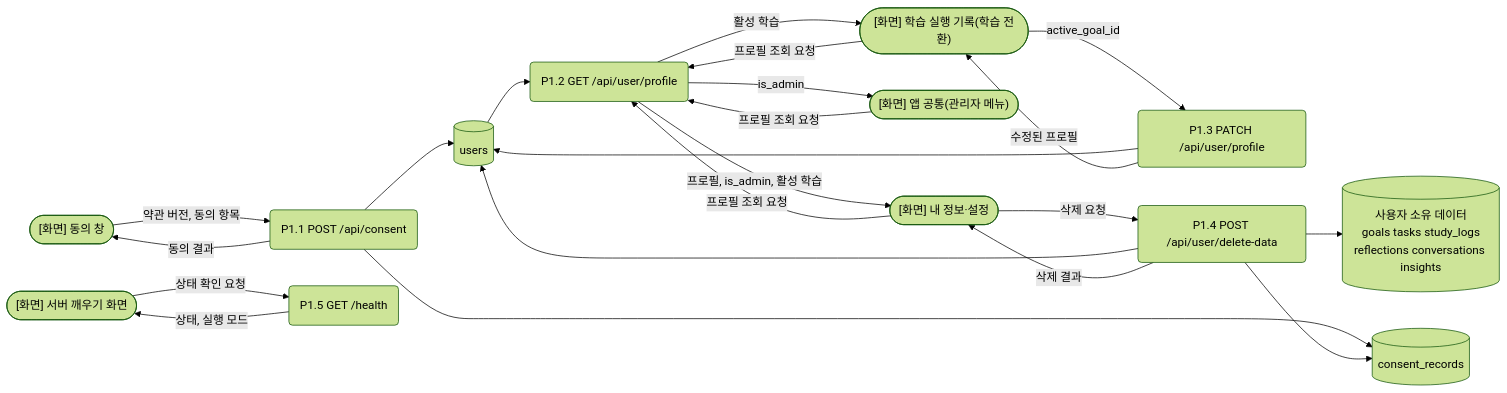
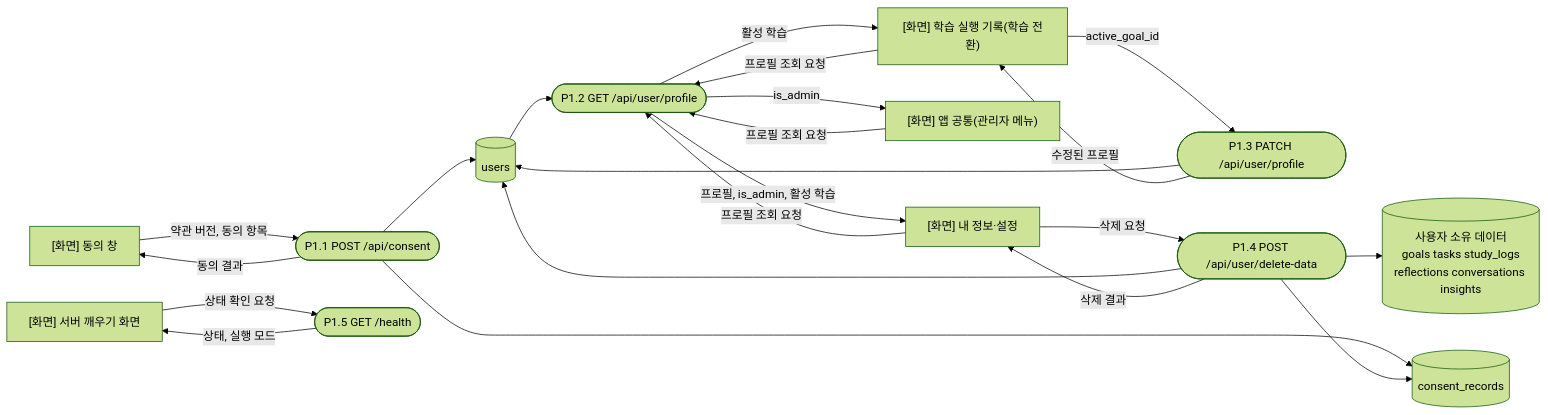
One commit to yong05610/ai-n-fprj changed the fourth of 12 diagrams in docs/architecture_dfd.md. Above: the diagram before and after it, drawn with Mermaid (forest theme). The commit also changed other lines of this file, not shown here.

````diff
--- a/docs/architecture_dfd.md
+++ b/docs/architecture_dfd.md
@@ -152,38 +152,38 @@
 ```mermaid
 flowchart LR
-    S1(["[화면] 동의 창"])
-    S2(["[화면] 내 정보·설정"])
-    S3(["[화면] 앱 공통(관리자 메뉴)"])
-    S4(["[화면] 학습 실행 기록(학습 전환)"])
-    S5(["[화면] 서버 깨우기 화면"])
-    P11("P1.1 POST /api/consent")
-    P12("P1.2 GET /api/user/profile")
-    P13("P1.3 PATCH /api/user/profile")
-    P14("P1.4 POST /api/user/delete-data")
-    P15("P1.5 GET /health")
+    S1["[화면] 동의 창"]
+    S2["[화면] 내 정보·설정"]
+    S3["[화면] 앱 공통(관리자 메뉴)"]
+    S4["[화면] 학습 실행 기록(학습 전환)"]
+    S5["[화면] 서버 깨우기 화면"]
+    P11(["P1.1 POST /api/consent"])
+    P12(["P1.2 GET /api/user/profile"])
+    P13(["P1.3 PATCH /api/user/profile"])
+    P14(["P1.4 POST /api/user/delete-data"])
+    P15(["P1.5 GET /health"])
     DU[("users")]
     DC[("consent_records")]
     DO[("사용자 소유 데이터<br/>goals tasks study_logs<br/>reflections conversations insights")]
 
     S1 -->|"약관 버전, 동의 항목"| P11
     P11 -->|"동의 결과"| S1
     P11 --> DU
     P11 --> DC
     S2 -->|"프로필 조회 요청"| P12
     S3 -->|"프로필 조회 요청"| P12
     S4 -->|"프로필 조회 요청"| P12
     DU --> P12
     P12 -->|"프로필, is_admin, 활성 학습"| S2
     P12 -->|"is_admin"| S3
     P12 -->|"활성 학습"| S4
     S4 -->|"active_goal_id"| P13
     P13 --> DU
     P13 -->|"수정된 프로필"| S4
     S2 -->|"삭제 요청"| P14
     P14 --> DU
     P14 --> DC
     P14 --> DO
     P14 -->|"삭제 결과"| S2
     S5 -->|"상태 확인 요청"| P15
     P15 -->|"상태, 실행 모드"| S5
 ```
````
